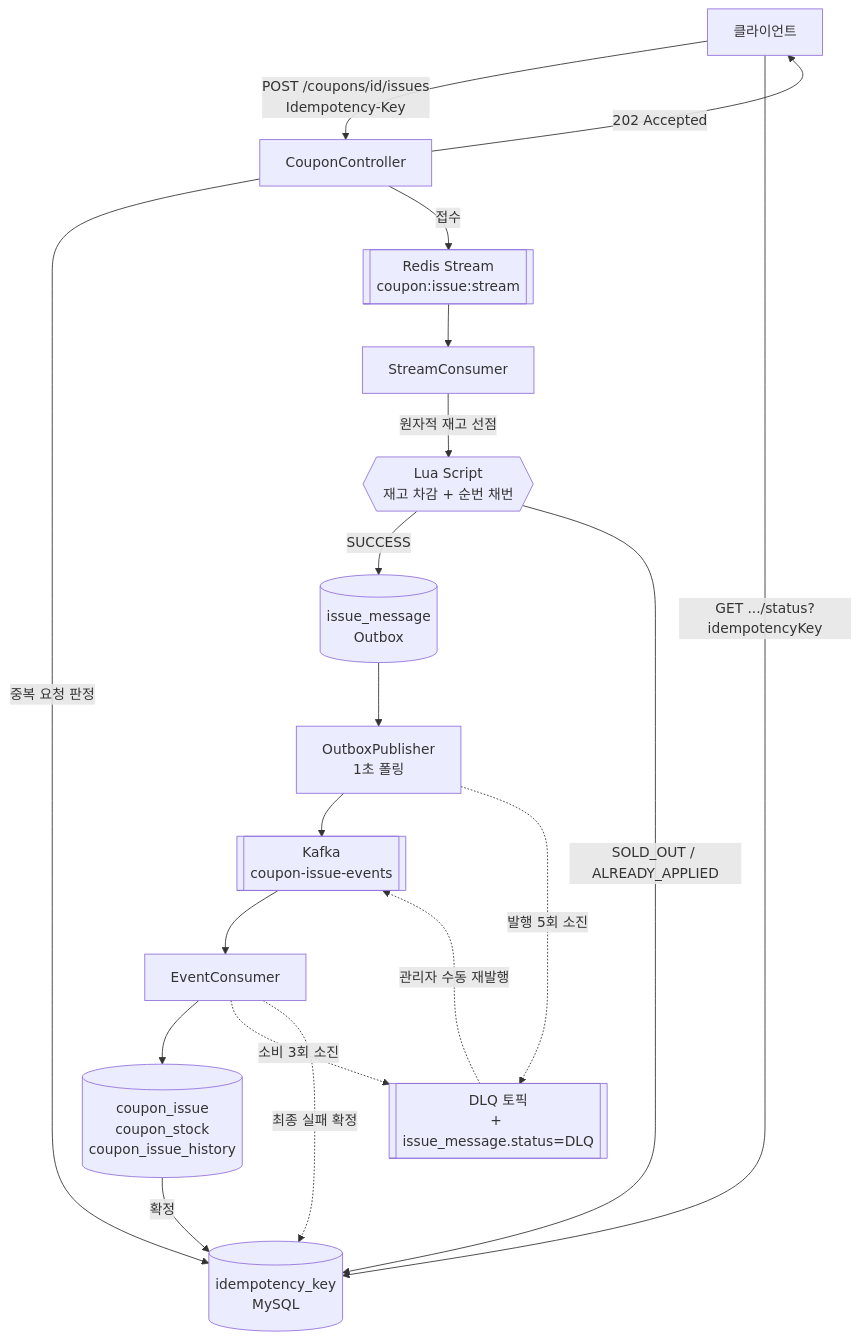
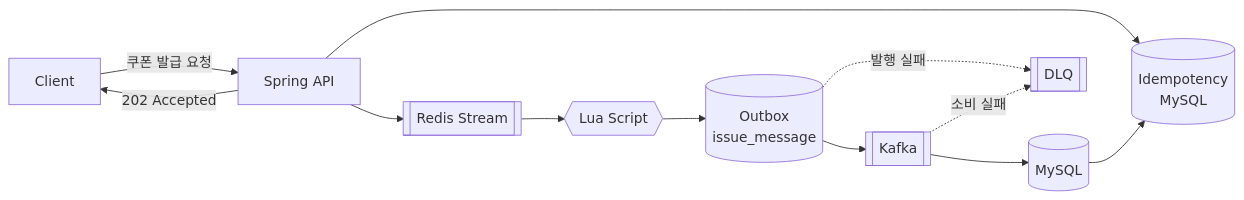
One commit to PetCare-Platform/petcoupon-backend changed the diagram in README.md. Above: the diagram before and after it, drawn with Mermaid. The commit also changed other lines of this file and 4 other files, not shown here.

````diff
--- a/README.md
+++ b/README.md
@@ -60,25 +56,24 @@
 ```mermaid
-flowchart TD
-    C[클라이언트] -->|POST /coupons/id/issues<br/>Idempotency-Key| API[CouponController]
-    API -->|중복 요청 판정| IDEM[(idempotency_key<br/>MySQL)]
-    API -->|접수| STREAM[[Redis Stream<br/>coupon:issue:stream]]
-    API -->|202 Accepted| C
+flowchart LR
+    CLIENT[Client]
+    API[Spring API]
+    IDEM[(Idempotency<br/>MySQL)]
+    STREAM[[Redis Stream]]
+    LUA{{Lua Script}}
+    OUTBOX[(Outbox<br/>issue_message)]
+    KAFKA[[Kafka]]
+    DB[(MySQL)]
+    DLQ[[DLQ]]
 
-    STREAM --> SC[StreamConsumer]
-    SC -->|원자적 재고 선점| LUA{{Lua Script<br/>재고 차감 + 순번 채번}}
-    LUA -->|SUCCESS| OUTBOX[(issue_message<br/>Outbox)]
-    LUA -->|SOLD_OUT / ALREADY_APPLIED| IDEM
-
-    OUTBOX --> PUB[OutboxPublisher<br/>1초 폴링]
-    PUB --> KAFKA[[Kafka<br/>coupon-issue-events]]
-    KAFKA --> KC[EventConsumer]
-    KC --> PERSIST[(coupon_issue<br/>coupon_stock<br/>coupon_issue_history)]
-    PERSIST -->|확정| IDEM
-
-    PUB -.발행 5회 소진.-> DLQ[[DLQ 토픽<br/>+ issue_message.status=DLQ]]
-    KC -.소비 3회 소진.-> DLQ
-    KC -.최종 실패 확정.-> IDEM
-    DLQ -.관리자 수동 재발행.-> KAFKA
-
-    C -->|GET .../status?idempotencyKey| IDEM
+    CLIENT -->|쿠폰 발급 요청| API
+    API --> IDEM
+    API --> STREAM
+    API -->|202 Accepted| CLIENT
+    STREAM --> LUA
+    LUA --> OUTBOX
+    OUTBOX --> KAFKA
+    KAFKA --> DB
+    DB --> IDEM
+    OUTBOX -. 발행 실패 .-> DLQ
+    KAFKA -. 소비 실패 .-> DLQ
 ```
````
